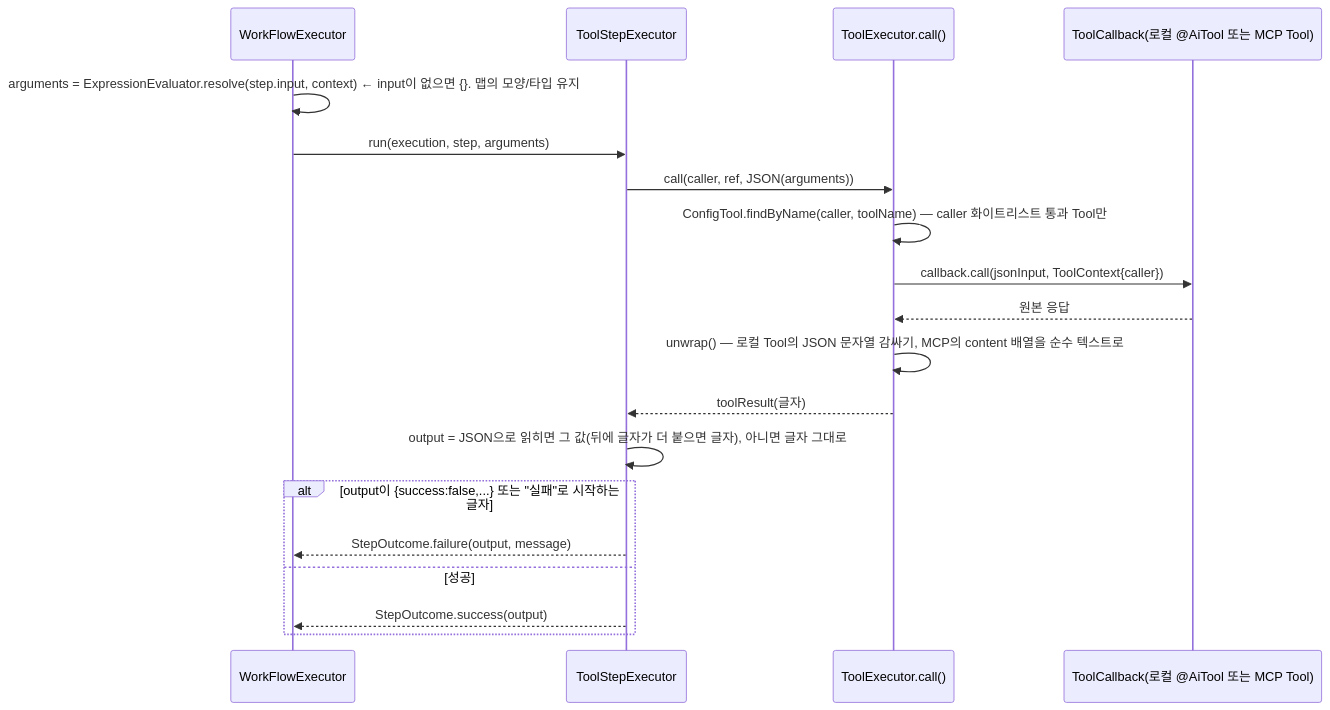
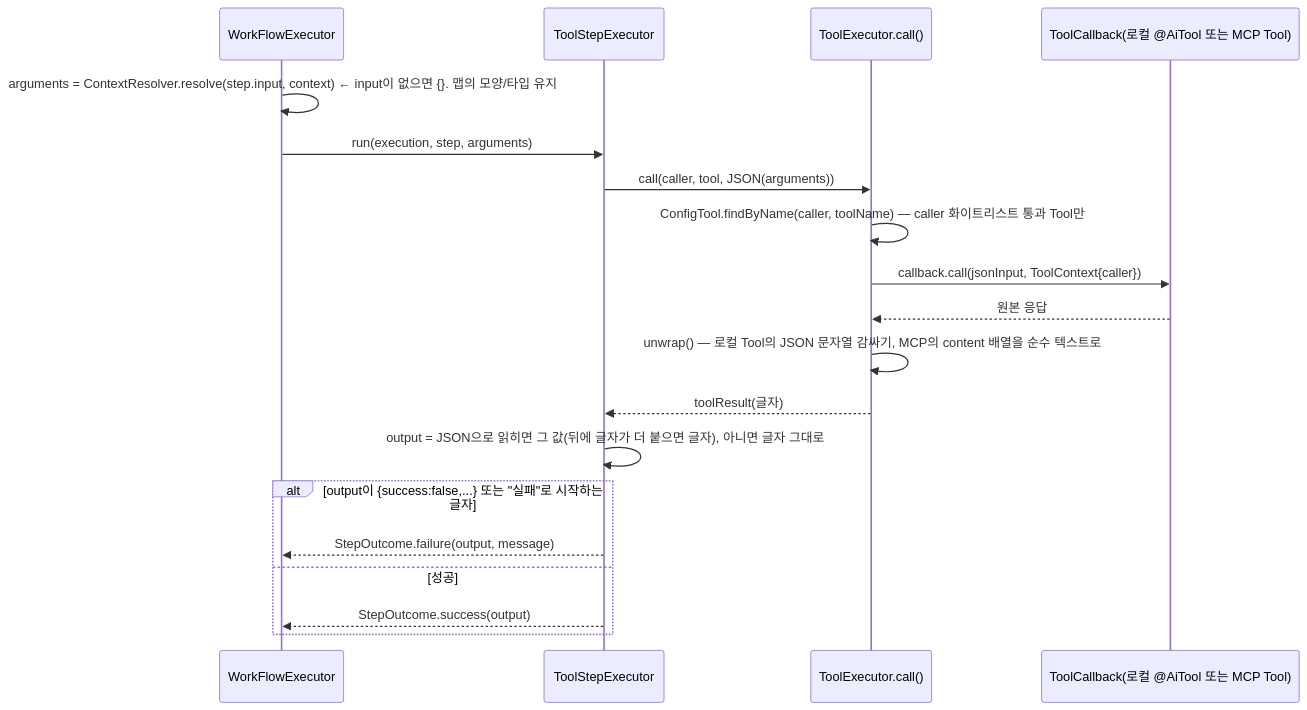
Before and after one commit to YongSoekChoeng/dstone: the seventh of 10 diagrams in docs/09.dstone-ai-engine.md, drawn with Mermaid. The commit also changed other lines of this file and 203 other files, not shown here.

````diff
--- a/docs/09.dstone-ai-engine.md
+++ b/docs/09.dstone-ai-engine.md
@@ -764,21 +810,21 @@
 ```mermaid
 sequenceDiagram
     participant WE as WorkFlowExecutor
     participant TSR as ToolStepExecutor
     participant TE as ToolExecutor.call()
     participant CB as ToolCallback(로컬 @AiTool 또는 MCP Tool)
-    WE->>WE: arguments = ExpressionEvaluator.resolve(step.input, context)  ← input이 없으면 {}. 맵의 모양/타입 유지
+    WE->>WE: arguments = ContextResolver.resolve(step.input, context)  ← input이 없으면 {}. 맵의 모양/타입 유지
     WE->>TSR: run(execution, step, arguments)
-    TSR->>TE: call(caller, ref, JSON(arguments))
+    TSR->>TE: call(caller, tool, JSON(arguments))
     TE->>TE: ConfigTool.findByName(caller, toolName) — caller 화이트리스트 통과 Tool만
     TE->>CB: callback.call(jsonInput, ToolContext{caller})
     CB-->>TE: 원본 응답
     TE->>TE: unwrap() — 로컬 Tool의 JSON 문자열 감싸기, MCP의 content 배열을 순수 텍스트로
     TE-->>TSR: toolResult(글자)
     TSR->>TSR: output = JSON으로 읽히면 그 값(뒤에 글자가 더 붙으면 글자), 아니면 글자 그대로
     alt output이 {success:false,...} 또는 "실패"로 시작하는 글자
         TSR-->>WE: StepOutcome.failure(output, message)
     else 성공
         TSR-->>WE: StepOutcome.success(output)
     end
 ```
````
